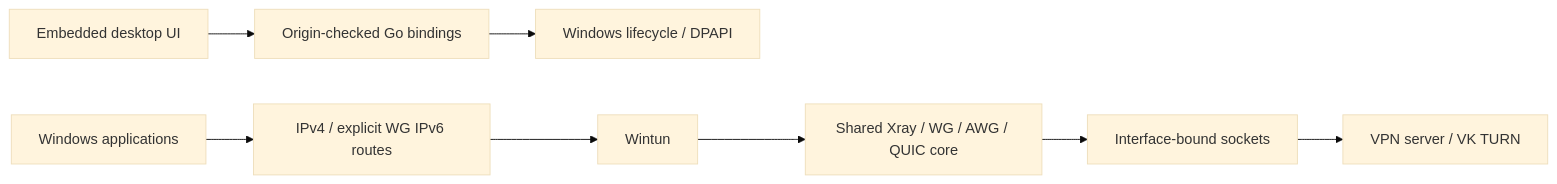
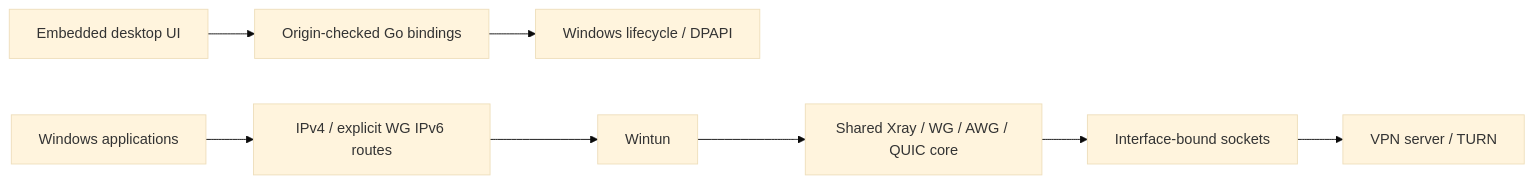
One commit to remzone/blink_windows changed the diagram in docs/architecture.md. Above: the diagram before and after it, drawn with Mermaid (base theme). The commit also changed other lines of this file and 27 other files, not shown here.

````diff
--- a/docs/architecture.md
+++ b/docs/architecture.md
@@ -17,10 +17,10 @@
 ```mermaid
 flowchart LR
     UI[Embedded desktop UI] --> Bindings[Origin-checked Go bindings]
     Bindings --> Controller[Windows lifecycle / DPAPI]
     Apps[Windows applications] --> Routes[IPv4 / explicit WG IPv6 routes]
     Routes --> Wintun
     Wintun --> Core[Shared Xray / WG / AWG / QUIC core]
     Core --> Physical[Interface-bound sockets]
-    Physical --> Server[VPN server / VK TURN]
+    Physical --> Server[VPN server / TURN]
 ```
````
